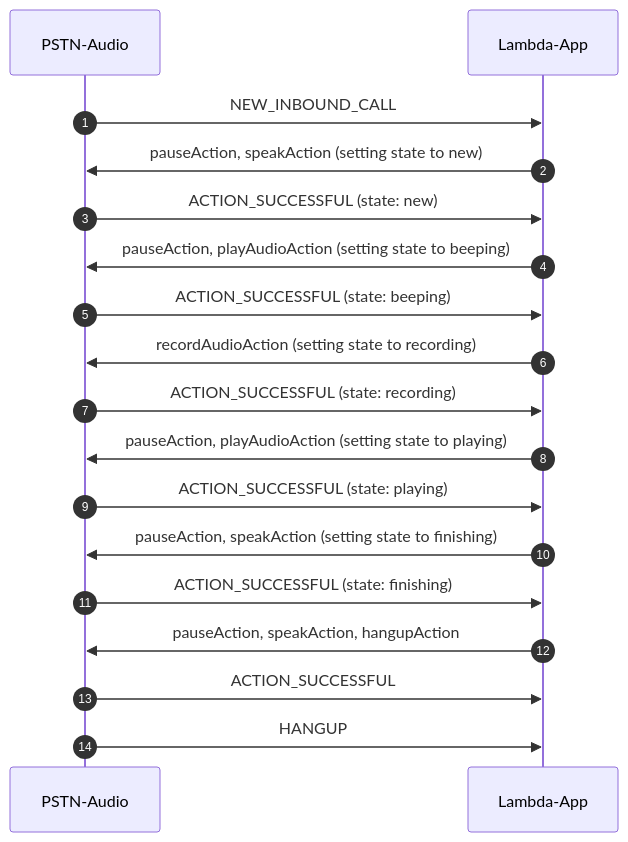
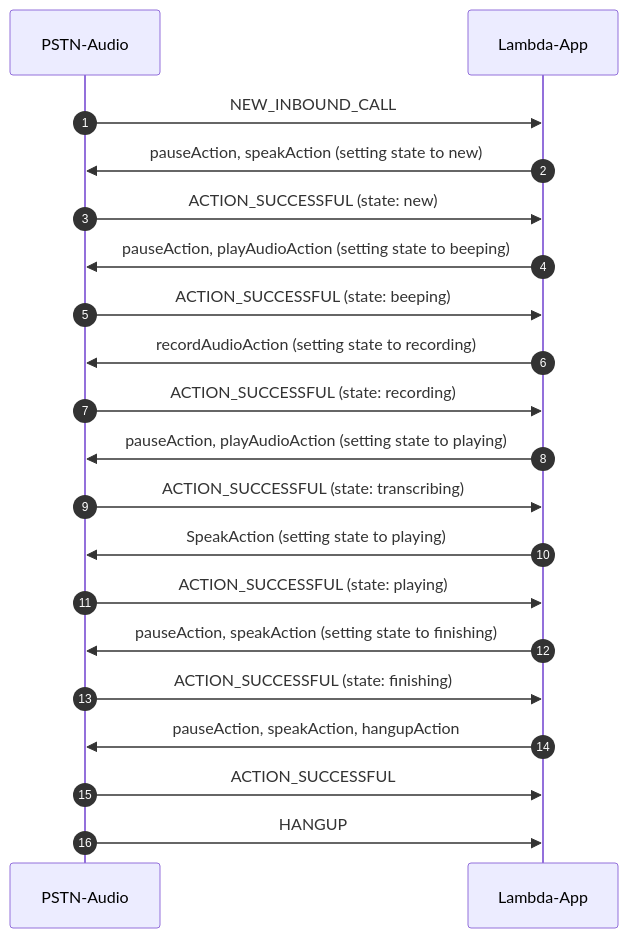
Before and after one commit to scottrfrancis/amazon-chime-sdk-pstn-audio-workshop: the diagram in lambdas/call-transcribe-recording/README.md, drawn with Mermaid. The commit also changed other lines of this file and 1 other file, not shown here.

````diff
--- a/lambdas/call-transcribe-recording/README.md
+++ b/lambdas/call-transcribe-recording/README.md
@@ -56,18 +145,20 @@
 ```mermaid
 sequenceDiagram
     autonumber
     PSTN-Audio->>Lambda-App: NEW_INBOUND_CALL
     Lambda-App->>PSTN-Audio: pauseAction, speakAction (setting state to new)
     PSTN-Audio->>Lambda-App: ACTION_SUCCESSFUL (state: new)
     Lambda-App->>PSTN-Audio: pauseAction, playAudioAction (setting state to beeping)
     PSTN-Audio->>Lambda-App: ACTION_SUCCESSFUL (state: beeping)
     Lambda-App->>PSTN-Audio: recordAudioAction (setting state to recording)
     PSTN-Audio->>Lambda-App: ACTION_SUCCESSFUL (state: recording)
     Lambda-App->>PSTN-Audio: pauseAction, playAudioAction (setting state to playing)
+    PSTN-Audio->>Lambda-App: ACTION_SUCCESSFUL (state: transcribing)
+    Lambda-App->>PSTN-Audio: SpeakAction (setting state to playing)
     PSTN-Audio->>Lambda-App: ACTION_SUCCESSFUL (state: playing)
     Lambda-App->>PSTN-Audio: pauseAction, speakAction (setting state to finishing)
     PSTN-Audio->>Lambda-App: ACTION_SUCCESSFUL (state: finishing)
     Lambda-App->>PSTN-Audio: pauseAction, speakAction, hangupAction
     PSTN-Audio->>Lambda-App: ACTION_SUCCESSFUL 
     PSTN-Audio->>Lambda-App: HANGUP
 ```
````
